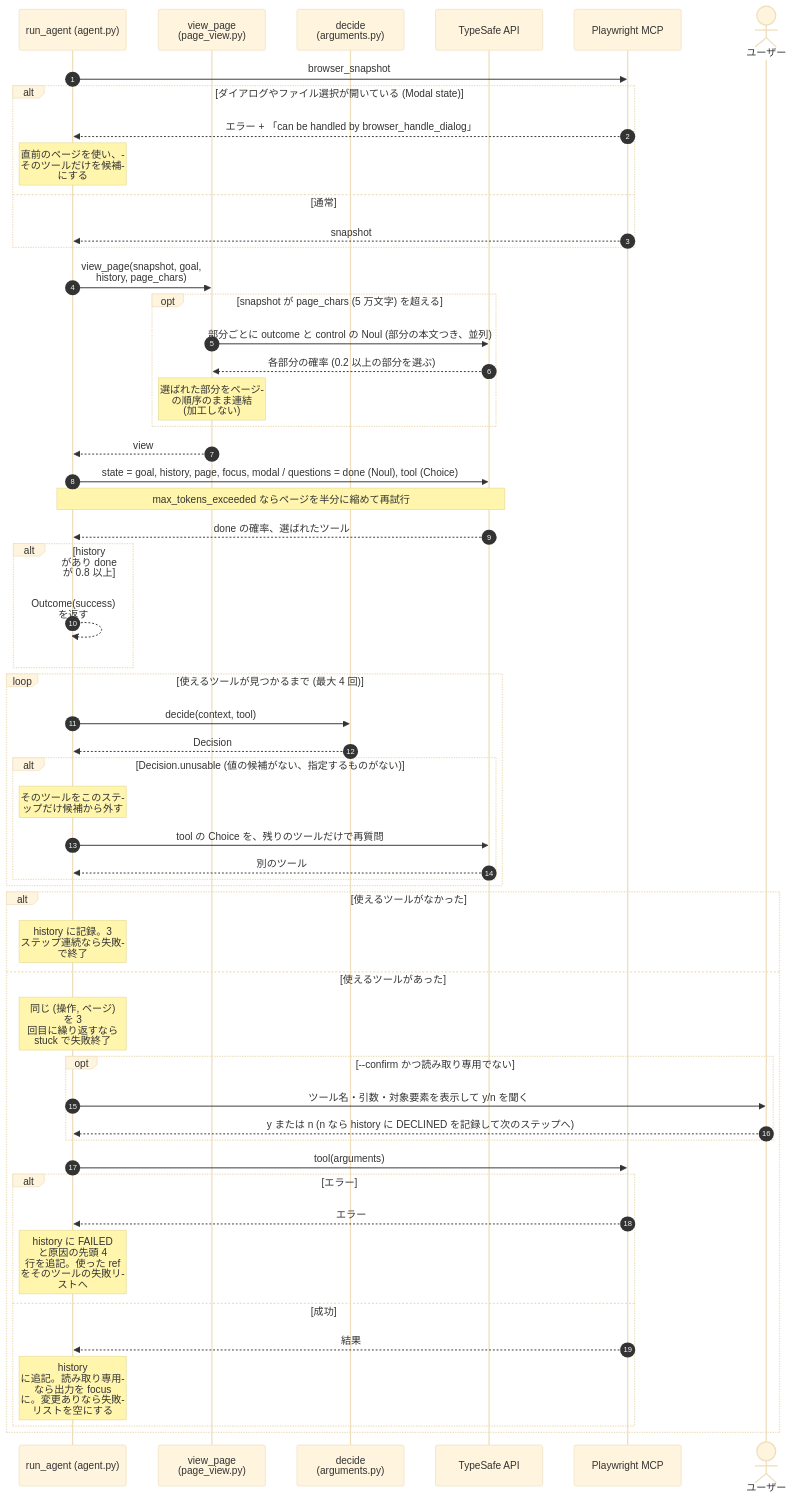
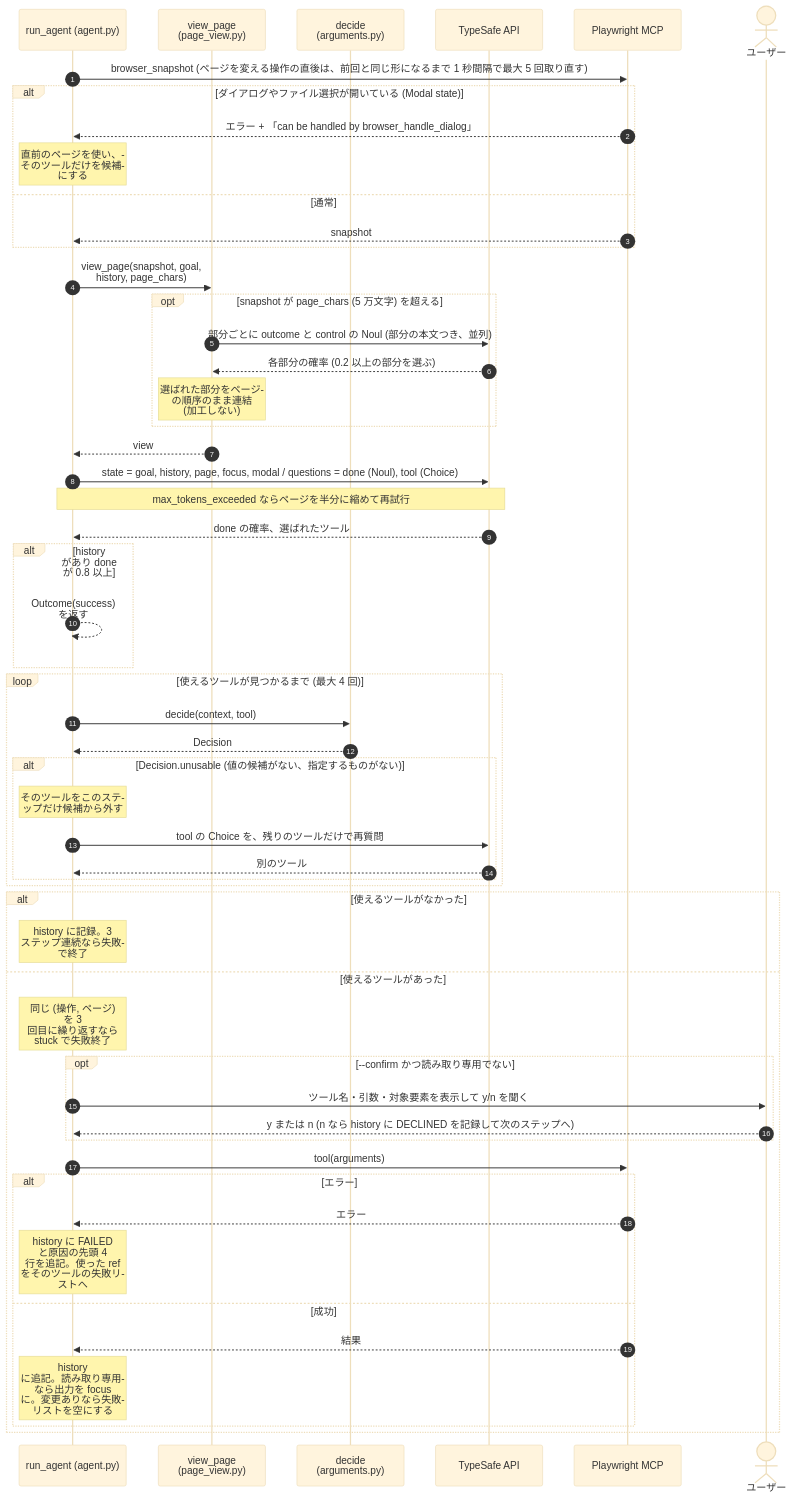
The fourth of 5 diagrams in docs/architecture.md (aRaikoFunakami/typesafe-auto-browsing), drawn with Mermaid (base theme) before and after one commit. The commit also changed other lines of this file and 9 other files, not shown here.

````diff
--- a/docs/architecture.md
+++ b/docs/architecture.md
@@ -215,70 +216,70 @@
 ```mermaid
 ---
 config:
   sequence:
     wrap: true
     width: 170
     messageMargin: 28
     noteMargin: 8
 ---
 sequenceDiagram
     autonumber
     participant AG as run_agent (agent.py)
     participant PV as view_page (page_view.py)
     participant AR as decide (arguments.py)
     participant TS as TypeSafe API
     participant MCP as Playwright MCP
     actor U as ユーザー
 
-    AG->>MCP: browser_snapshot
+    AG->>MCP: browser_snapshot (ページを変える操作の直後は、前回と同じ形になるまで 1 秒間隔で最大 5 回取り直す)
     alt ダイアログやファイル選択が開いている (Modal state)
         MCP-->>AG: エラー + 「can be handled by browser_handle_dialog」
         Note over AG: 直前のページを使い、そのツールだけを候補にする
     else 通常
         MCP-->>AG: snapshot
     end
 
     AG->>PV: view_page(snapshot, goal, history, page_chars)
     opt snapshot が page_chars (5 万文字) を超える
         PV->>TS: 部分ごとに outcome と control の Noul (部分の本文つき、並列)
         TS-->>PV: 各部分の確率 (0.2 以上の部分を選ぶ)
         Note over PV: 選ばれた部分をページの順序のまま連結 (加工しない)
     end
     PV-->>AG: view
 
     AG->>TS: state = goal, history, page, focus, modal / questions = done (Noul), tool (Choice)
     Note over AG,TS: max_tokens_exceeded ならページを半分に縮めて再試行
     TS-->>AG: done の確率、選ばれたツール
 
     alt history があり done が 0.8 以上
         AG-->>AG: Outcome(success) を返す
     end
 
     loop 使えるツールが見つかるまで (最大 4 回)
         AG->>AR: decide(context, tool)
         AR-->>AG: Decision
         alt Decision.unusable (値の候補がない、指定するものがない)
             Note over AG: そのツールをこのステップだけ候補から外す
             AG->>TS: tool の Choice を、残りのツールだけで再質問
             TS-->>AG: 別のツール
         end
     end
 
     alt 使えるツールがなかった
         Note over AG: history に記録。3 ステップ連続なら失敗で終了
     else 使えるツールがあった
         Note over AG: 同じ (操作, ページ) を 3 回目に繰り返すなら stuck で失敗終了
         opt --confirm かつ読み取り専用でない
             AG->>U: ツール名・引数・対象要素を表示して y/n を聞く
             U-->>AG: y または n (n なら history に DECLINED を記録して次のステップへ)
         end
         AG->>MCP: tool(arguments)
         alt エラー
             MCP-->>AG: エラー
             Note over AG: history に FAILED と原因の先頭 4 行を追記。使った ref をそのツールの失敗リストへ
         else 成功
             MCP-->>AG: 結果
             Note over AG: history に追記。読み取り専用なら出力を focus に。変更ありなら失敗リストを空にする
         end
     end
 ```
````
